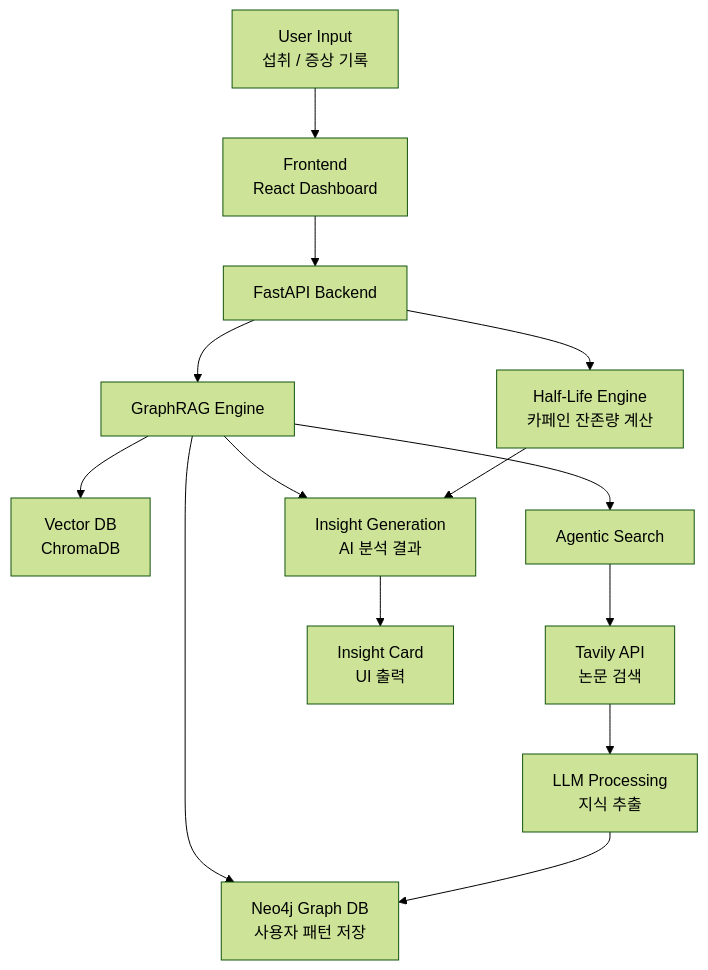
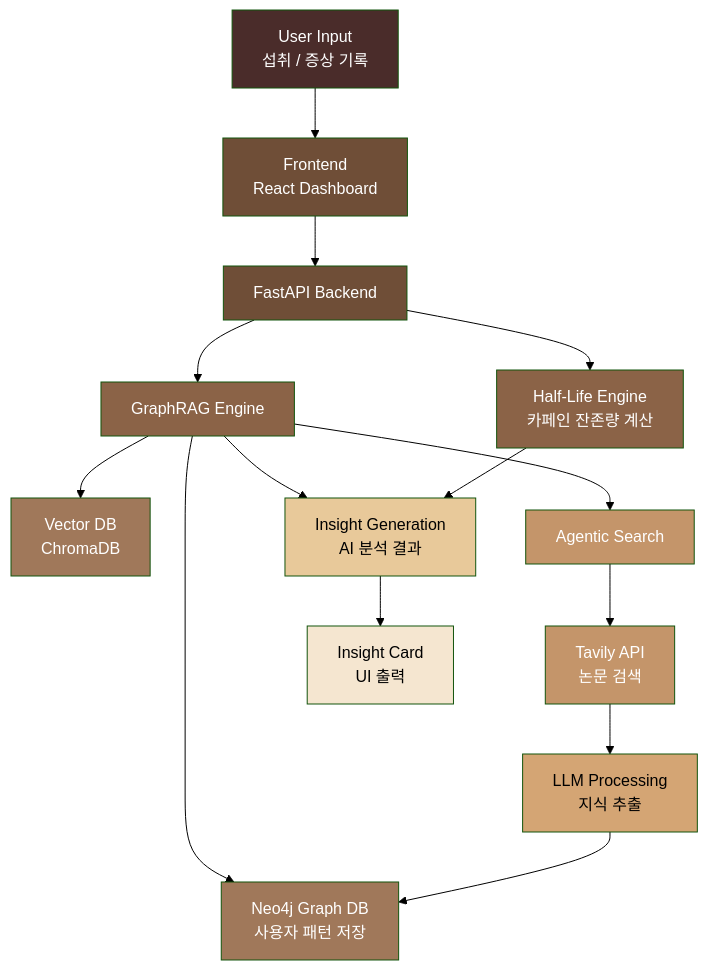
The diagram in README.md (hoilycat/cof-fee-v2), drawn with Mermaid (forest theme) before and after one commit. The commit also changed other lines of this file, not shown here.

Commit message:
Revise project identity and status sections
Updated project overview and roadmap sections in README.md.

````diff
--- a/README.md
+++ b/README.md
@@ -42,25 +30,29 @@
 ```mermaid
 graph TD
-
 A[User Input<br/>섭취 / 증상 기록] --> B[Frontend<br/>React Dashboard]
-
 B --> C[FastAPI Backend]
-
 C --> D[Half-Life Engine<br/>카페인 잔존량 계산]
 C --> E[GraphRAG Engine]
-
 E --> F[Neo4j Graph DB<br/>사용자 패턴 저장]
 E --> G[Vector DB<br/>ChromaDB]
-
 E --> H[Agentic Search]
 H --> I[Tavily API<br/>논문 검색]
-
 I --> J[LLM Processing<br/>지식 추출]
 J --> F
-
 E --> K[Insight Generation<br/>AI 분석 결과]
-
 D --> K
-
 K --> L[Insight Card<br/>UI 출력]
+ 
+style A fill:#4A2C2A,color:#fff
+style B fill:#6F4E37,color:#fff
+style C fill:#6F4E37,color:#fff
+style D fill:#8B6347,color:#fff
+style E fill:#8B6347,color:#fff
+style F fill:#A0785A,color:#fff
+style G fill:#A0785A,color:#fff
+style H fill:#C4956A,color:#fff
+style I fill:#C4956A,color:#fff
+style J fill:#D4A574,color:#000
+style K fill:#E8C99A,color:#000
+style L fill:#F5E6D0,color:#000
 ```
````
